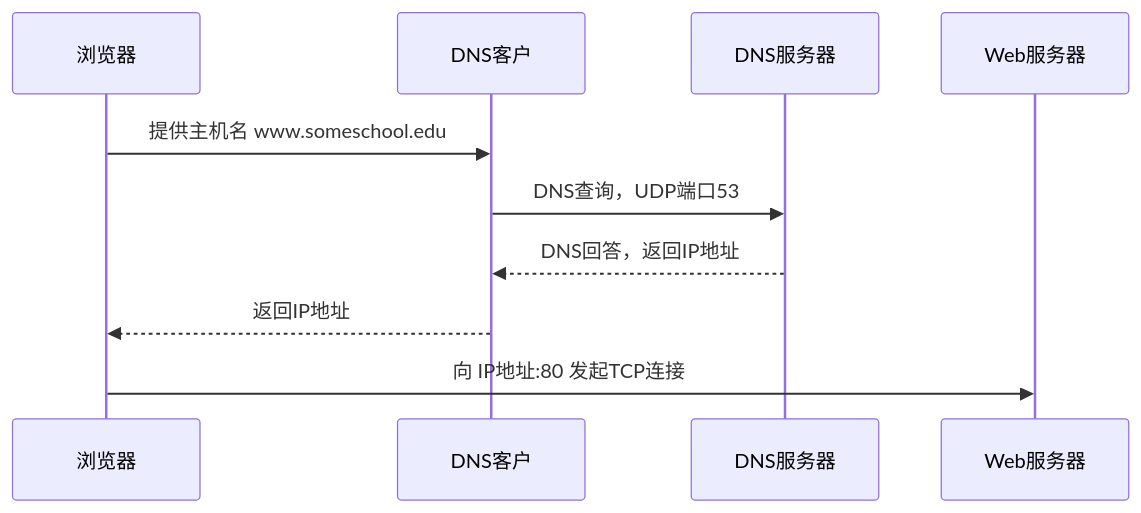
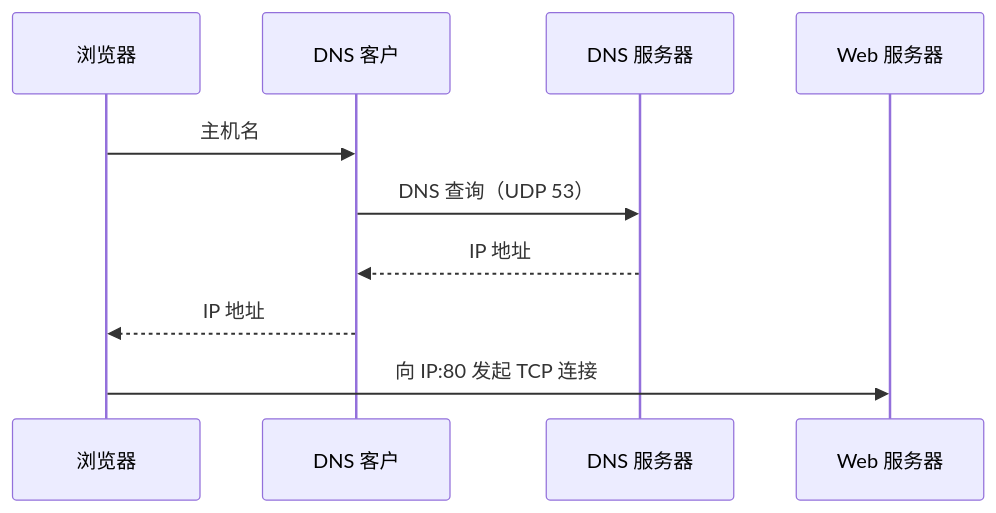
One commit to Meer-Matze/Meer-Matze.github.io changed the tenth of 20 diagrams in src/content/posts/应用层.md. Above: the diagram before and after it, drawn with Mermaid. The commit also changed other lines of this file and 3 other files, not shown here.

````diff
--- a/src/content/posts/应用层.md
+++ b/src/content/posts/应用层.md
@@ -2019,13 +811,12 @@
 ```mermaid
 sequenceDiagram
   participant BR as 浏览器
-  participant DC as DNS客户
-  participant DS as DNS服务器
-  participant WS as Web服务器
-
-  BR->>DC: 提供主机名 www.someschool.edu
-  DC->>DS: DNS查询，UDP端口53
-  DS-->>DC: DNS回答，返回IP地址
-  DC-->>BR: 返回IP地址
-  BR->>WS: 向 IP地址:80 发起TCP连接
+  participant DC as DNS 客户
+  participant DS as DNS 服务器
+  participant WS as Web 服务器
+  BR->>DC: 主机名
+  DC->>DS: DNS 查询（UDP 53）
+  DS-->>DC: IP 地址
+  DC-->>BR: IP 地址
+  BR->>WS: 向 IP:80 发起 TCP 连接
 ```
````
